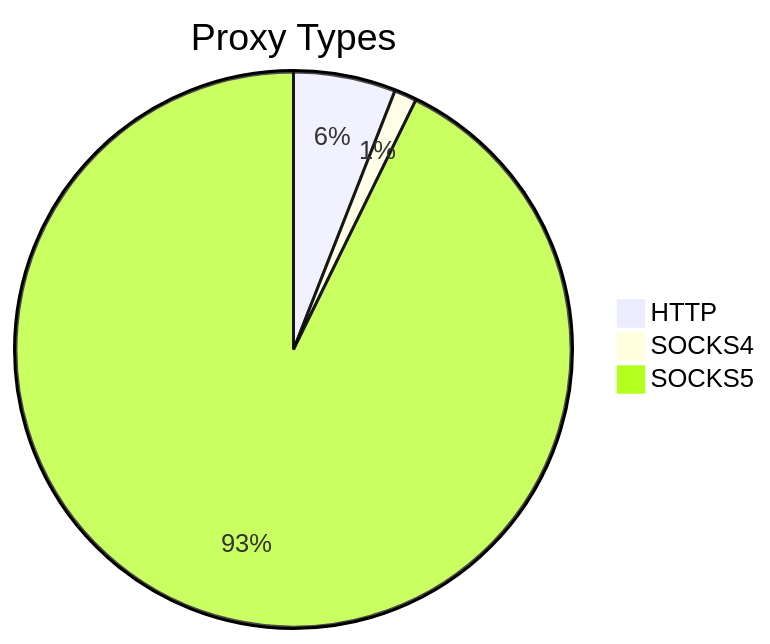
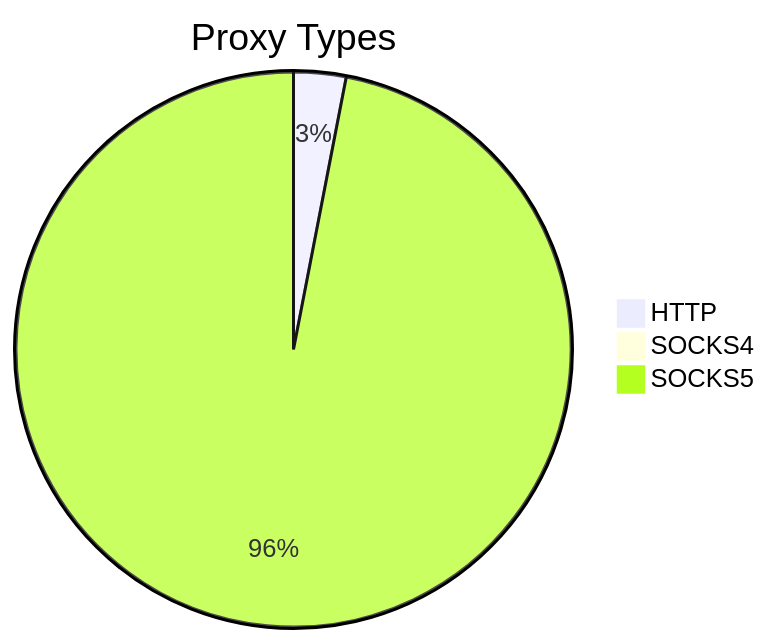
One commit to stormsia/proxy-list changed the first of 2 diagrams in README.md. Above: the diagram before and after it, drawn with Mermaid. The commit also changed other lines of this file, not shown here.

````diff
--- a/README.md
+++ b/README.md
@@ -21,6 +21,6 @@
 ```mermaid
 pie title Proxy Types
-    "HTTP" : 191
-    "SOCKS4" : 42
-    "SOCKS5" : 2978
+    "HTTP" : 110
+    "SOCKS4" : 36
+    "SOCKS5" : 3500
 ```
````
